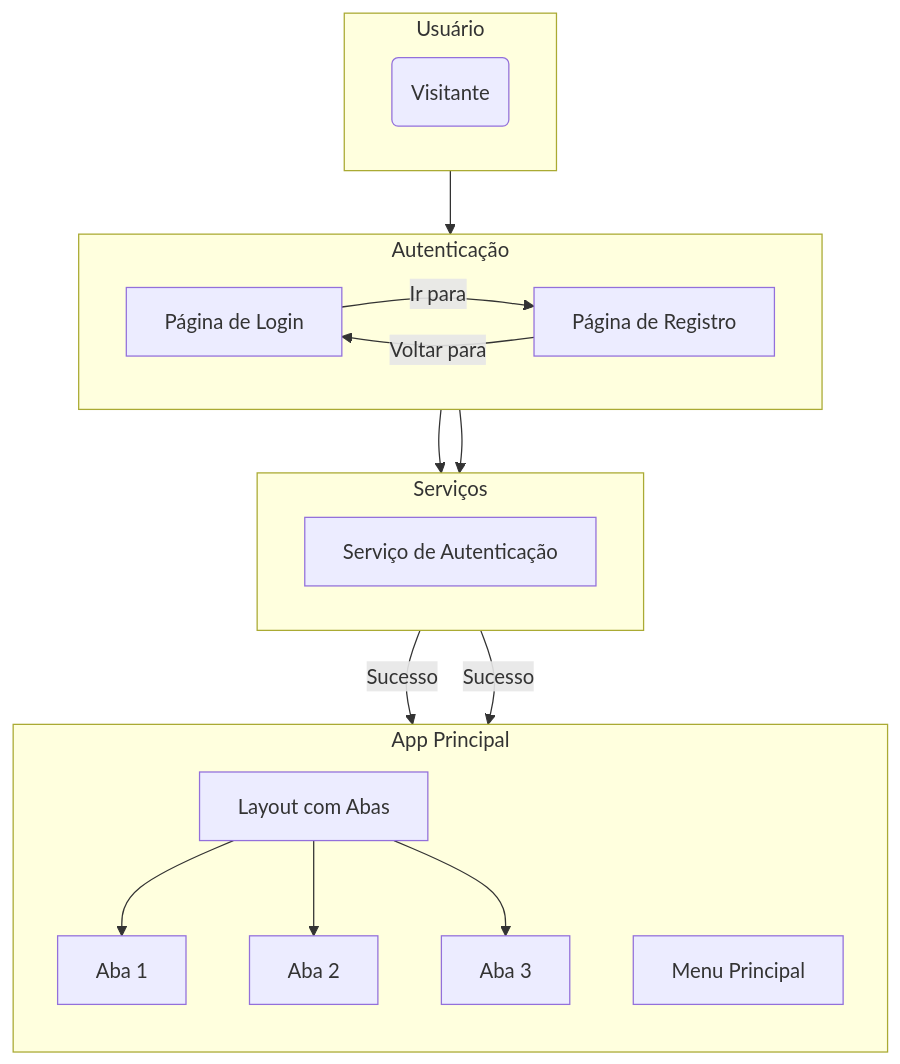
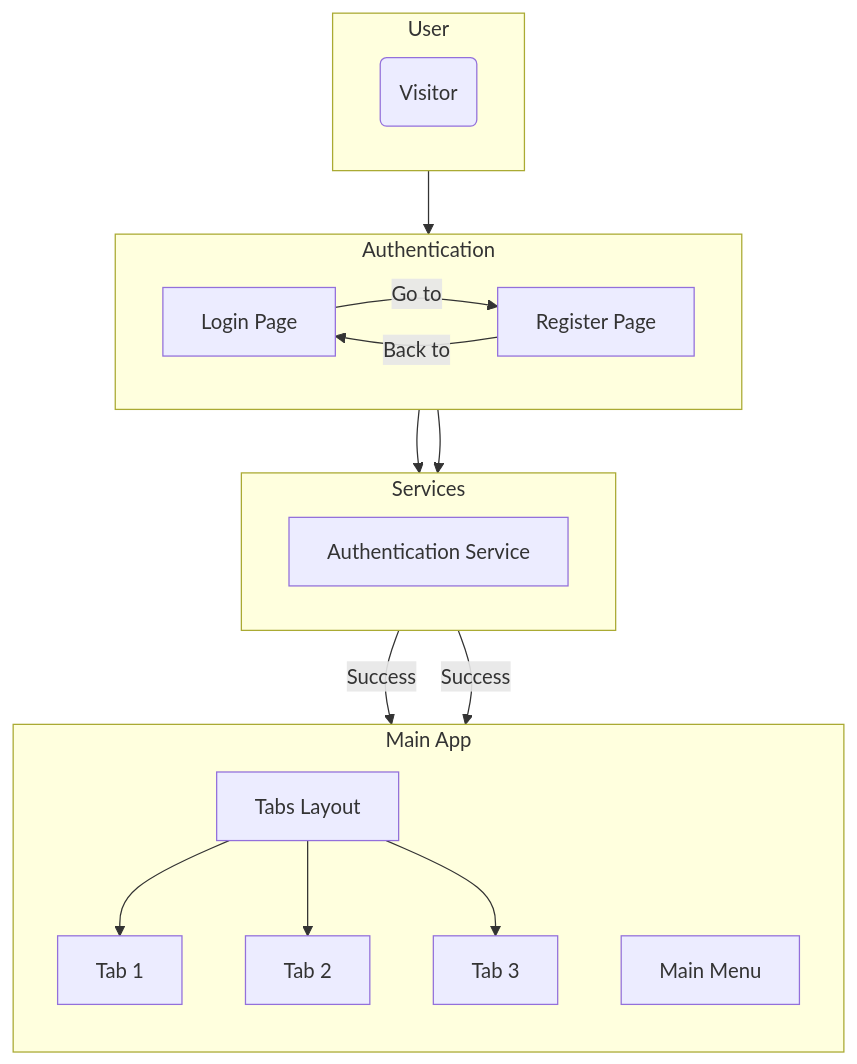
The diagram in README.md (rosimerebr/vida-plena-app), drawn with Mermaid before and after one commit. The commit also changed other lines of this file and 5 other files, not shown here.

````diff
--- a/README.md
+++ b/README.md
@@ -73,34 +73,34 @@
 ```mermaid
 graph TD;
-    subgraph "Usuário"
+    subgraph "User"
         direction LR
-        U(Visitante)
+        U(Visitor)
     end
 
-    subgraph "Autenticação"
+    subgraph "Authentication"
         direction LR
-        LoginPage[Página de Login]
-        RegisterPage[Página de Registro]
+        LoginPage[Login Page]
+        RegisterPage[Register Page]
     end
 
-    subgraph "App Principal"
+    subgraph "Main App"
         direction TB
-        TabsPage[Layout com Abas] --> Tab1[Aba 1]
-        TabsPage --> Tab2[Aba 2]
-        TabsPage --> Tab3[Aba 3]
-        MainMenu[Menu Principal]
+        TabsPage[Tabs Layout] --> Tab1[Tab 1]
+        TabsPage --> Tab2[Tab 2]
+        TabsPage --> Tab3[Tab 3]
+        MainMenu[Main Menu]
     end
 
-    subgraph "Serviços"
+    subgraph "Services"
         direction LR
-        AuthService[Serviço de Autenticação]
+        AuthService[Authentication Service]
     end
 
     U --> LoginPage;
     LoginPage --> AuthService;
     RegisterPage --> AuthService;
-    AuthService -- Sucesso --> MainMenu;
-    AuthService -- Sucesso --> TabsPage;
-    LoginPage -- Ir para --> RegisterPage;
-    RegisterPage -- Voltar para --> LoginPage;
+    AuthService -- Success --> MainMenu;
+    AuthService -- Success --> TabsPage;
+    LoginPage -- Go to --> RegisterPage;
+    RegisterPage -- Back to --> LoginPage;
 ```
````
